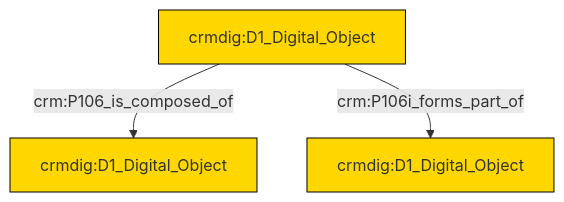
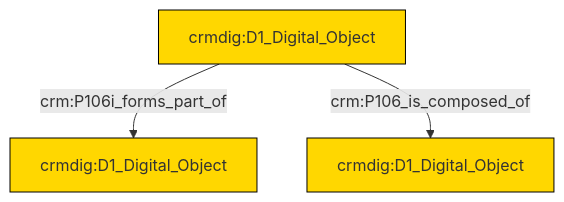
One commit to swiss-art-research-net/reference-data-models changed the diagram in et/doCSV/ttl/mmd/do_parthood.ttl.mmd. Above: the diagram before and after it, drawn with Mermaid. The commit also changed 128 other files, not shown here.

```diff
--- a/et/doCSV/ttl/mmd/do_parthood.ttl.mmd
+++ b/et/doCSV/ttl/mmd/do_parthood.ttl.mmd
@@ -1,17 +1,17 @@
 graph TD
 classDef Literal fill:#f2f2f2,stroke:#000000;
 classDef CRM_Entity fill:#FFFFFF,stroke:#000000;
 classDef Temporal_Entity fill:#00C9E6, stroke:#000000;
 classDef Type fill:#E18312, stroke:#000000;
 classDef Time-Span fill:#2C9C91, stroke:#000000;
 classDef Appellation fill:#FFEB7F, stroke:#000000;
 classDef Place fill:#008836, stroke:#000000;
 classDef Persistent_Item fill:#B266B2, stroke:#000000;
 classDef Conceptual_Object fill:#FFD700, stroke:#000000;
 classDef Physical_Thing fill:#D2B48C, stroke:#000000;
 classDef Actor fill:#f58aad, stroke:#000000;
 classDef PC_Classes fill:#4ce600, stroke:#000000;
 classDef Multi fill:#cccccc,stroke:#000000;
 
-2["crmdig:D1_Digital_Object"]:::Conceptual_Object -->|crm:P106_is_composed_of| 3["crmdig:D1_Digital_Object"]:::Conceptual_Object
-2["crmdig:D1_Digital_Object"]:::Conceptual_Object -->|crm:P106i_forms_part_of| 0["crmdig:D1_Digital_Object"]:::Conceptual_Object
+2["crmdig:D1_Digital_Object"]:::Conceptual_Object -->|crm:P106i_forms_part_of| 4["crmdig:D1_Digital_Object"]:::Conceptual_Object
+2["crmdig:D1_Digital_Object"]:::Conceptual_Object -->|crm:P106_is_composed_of| 0["crmdig:D1_Digital_Object"]:::Conceptual_Object
```
